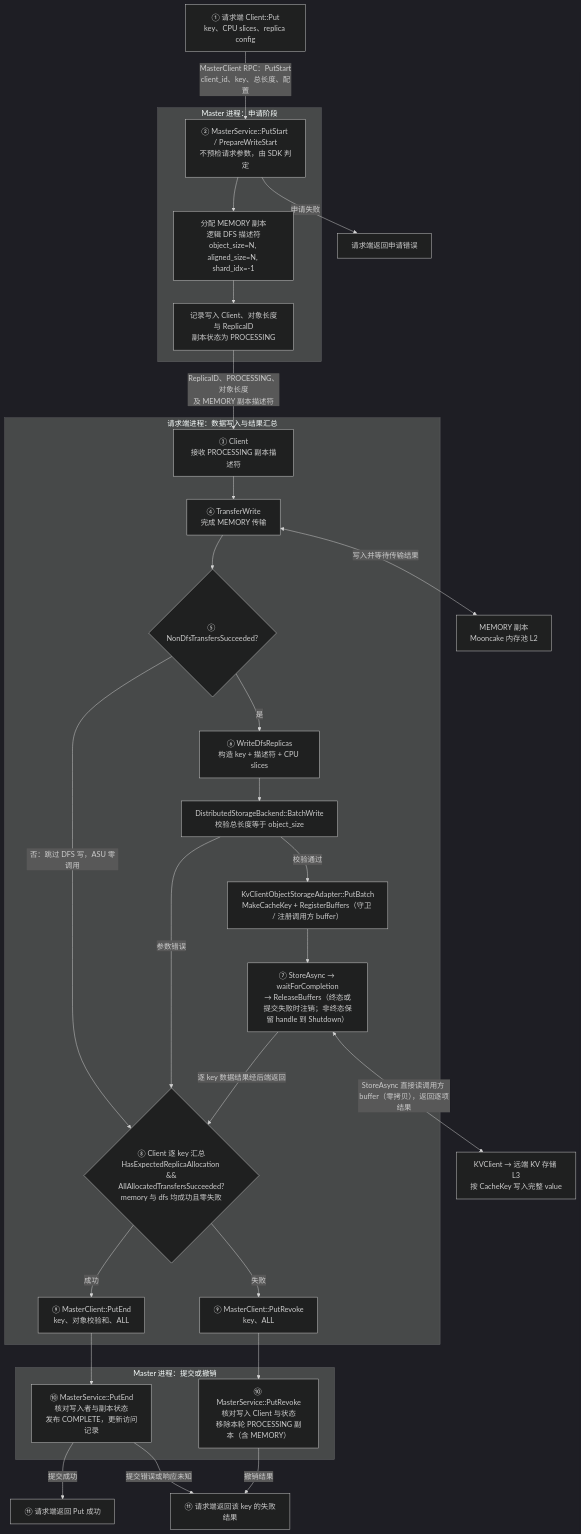
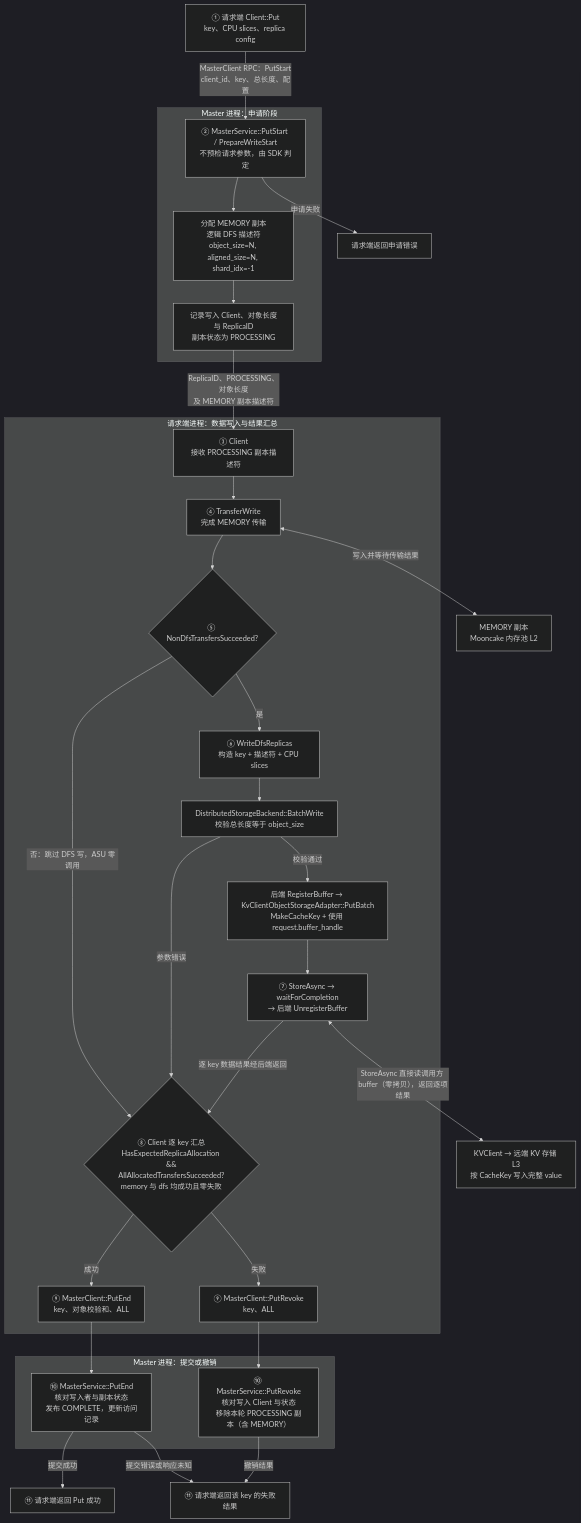
One commit to zwj20000328-dotcom/Mooncake-documents changed the fourth of 13 diagrams in Mooncake + KVClient L3 接入（Kvcs）- v3.md. Above: the diagram before and after it, drawn with Mermaid (dark theme). The commit also changed other lines of this file and 2 other files, not shown here.

First line of the commit message:
docs: move kvclient buffer registration to caller-owned handles

````diff
--- a/Mooncake + KVClient L3 接入（Kvcs）- v3.md
+++ b/Mooncake + KVClient L3 接入（Kvcs）- v3.md
@@ -330,60 +334,60 @@
 ```mermaid
 flowchart TB
     C1["① 请求端 Client::Put<br/>key、CPU slices、replica config"]
 
     subgraph MasterStart["Master 进程：申请阶段"]
         START["② MasterService::PutStart / PrepareWriteStart<br/>不预检请求参数，由 SDK 判定"]
         ALLOC["分配 MEMORY 副本<br/>逻辑 DFS 描述符<br/>object_size=N, aligned_size=N, shard_idx=-1"]
         META["记录写入 Client、对象长度与 ReplicaID<br/>副本状态为 PROCESSING"]
 
         START --> ALLOC
         ALLOC --> META
     end
 
     subgraph Request["请求端进程：数据写入与结果汇总"]
         C2["③ Client<br/>接收 PROCESSING 副本描述符"]
         T["④ TransferWrite<br/>完成 MEMORY 传输"]
         GATE{"⑤ NonDfsTransfersSucceeded?"}
         W["⑥ WriteDfsReplicas<br/>构造 key + 描述符 + CPU slices"]
         B["DistributedStorageBackend::BatchWrite<br/>校验总长度等于 object_size"]
-        O["KvClientObjectStorageAdapter::PutBatch<br/>MakeCacheKey + RegisterBuffers（守卫 / 注册调用方 buffer）"]
-        D["⑦ StoreAsync → waitForCompletion<br/>→ ReleaseBuffers（终态或提交失败时注销；非终态保留 handle 到 Shutdown）"]
+        O["后端 RegisterBuffer → KvClientObjectStorageAdapter::PutBatch<br/>MakeCacheKey + 使用 request.buffer_handle"]
+        D["⑦ StoreAsync → waitForCompletion<br/>→ 后端 UnregisterBuffer"]
         J{"⑧ Client 逐 key 汇总<br/>HasExpectedReplicaAllocation &&<br/>AllAllocatedTransfersSucceeded?<br/>memory 与 dfs 均成功且零失败"}
         END["⑨ MasterClient::PutEnd<br/>key、对象校验和、ALL"]
         REVOKE["⑨ MasterClient::PutRevoke<br/>key、ALL"]
 
         C2 --> T
         T --> GATE
         GATE -->|"是"| W
         GATE -->|"否：跳过 DFS 写，ASU 零调用"| J
         W --> B
         B -->|"校验通过"| O
         B -->|"参数错误"| J
         O --> D
         D -->|"逐 key 数据结果经后端返回"| J
         J -->|"成功"| END
         J -->|"失败"| REVOKE
     end
 
     subgraph MasterFinish["Master 进程：提交或撤销"]
         COMMIT["⑩ MasterService::PutEnd<br/>核对写入者与副本状态<br/>发布 COMPLETE，更新访问记录"]
         ABORT["⑩ MasterService::PutRevoke<br/>核对写入 Client 与状态<br/>移除本轮 PROCESSING 副本（含 MEMORY）"]
     end
 
     OK["⑪ 请求端返回 Put 成功"]
     FAIL["⑪ 请求端返回该 key 的失败结果"]
     REJECT["请求端返回申请错误"]
     RAM["MEMORY 副本<br/>Mooncake 内存池 L2"]
     S["KVClient → 远端 KV 存储 L3<br/>按 CacheKey 写入完整 value"]
 
     C1 -->|"MasterClient RPC：PutStart<br/>client_id、key、总长度、配置"| START
     START -->|"申请失败"| REJECT
     META -->|"ReplicaID、PROCESSING、对象长度<br/>及 MEMORY 副本描述符"| C2
     T <-->|"写入并等待传输结果"| RAM
     D <-->|"StoreAsync 直接读调用方 buffer（零拷贝），返回逐项结果"| S
     END --> COMMIT
     COMMIT -->|"提交成功"| OK
     COMMIT -->|"提交错误或响应未知"| FAIL
     REVOKE --> ABORT
     ABORT -->|"撤销结果"| FAIL
 ```
````
